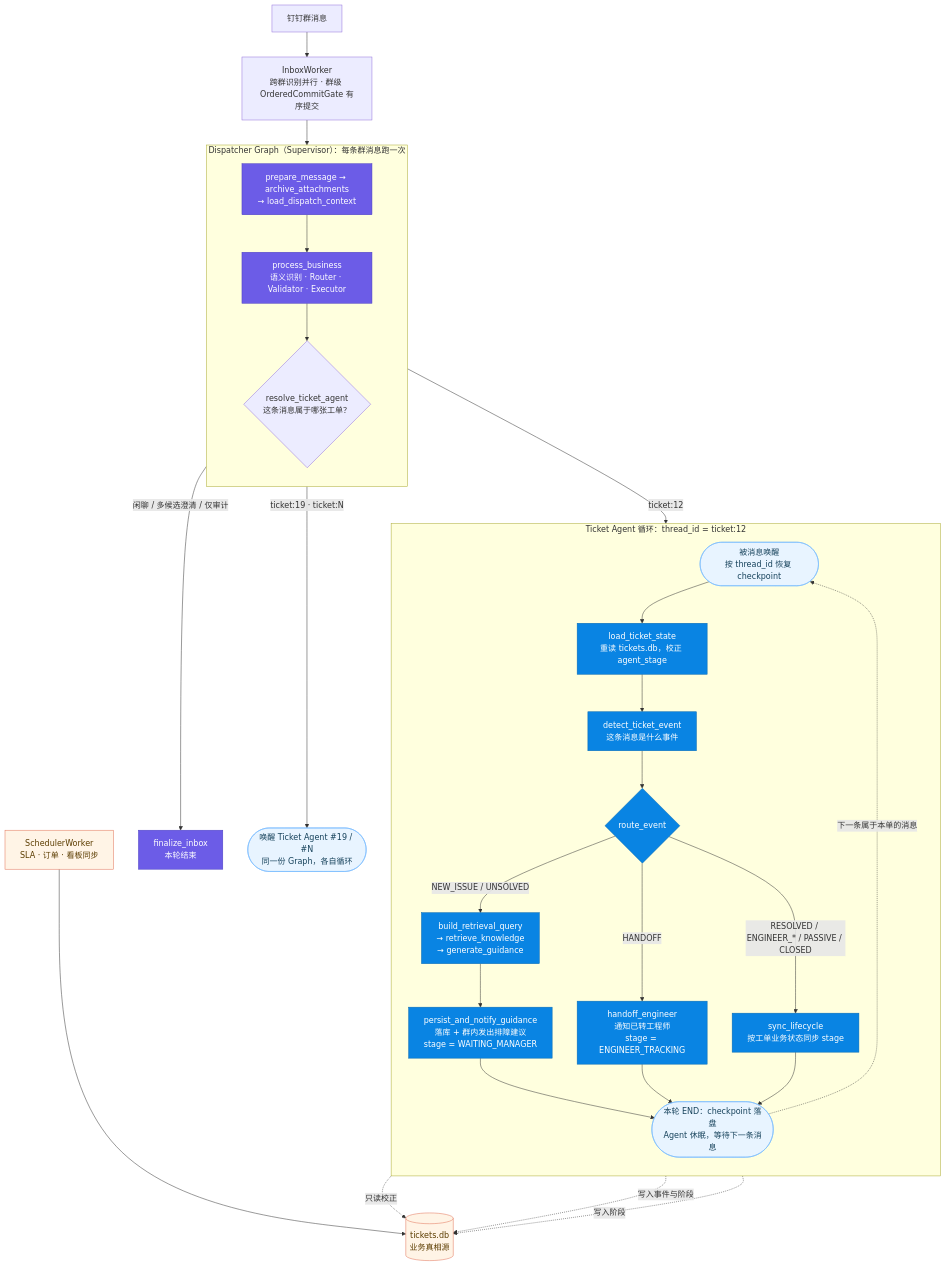
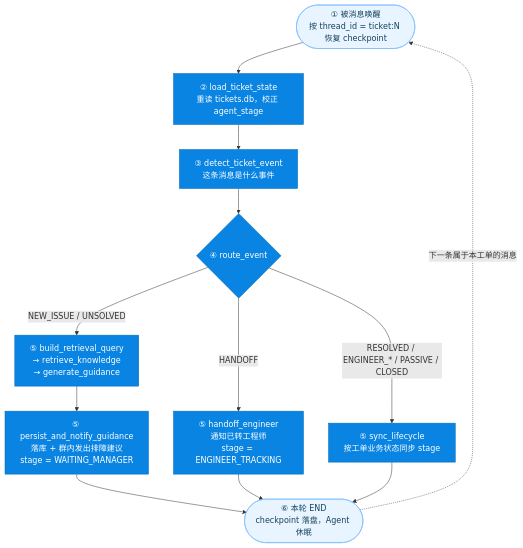
The second of 2 diagrams in README.md (yushui6666/Dingtalk-bot-fix), drawn with Mermaid before and after one commit. The commit also changed other lines of this file and 2 other files, not shown here.

Commit message:
feat(readme):拆分两个图

````diff
--- a/README.md
+++ b/README.md
@@ -13,56 +52,27 @@
 ```mermaid
 flowchart TB
-    M["钉钉群消息"] --> W["InboxWorker<br/>跨群识别并行 · 群级 OrderedCommitGate 有序提交"]
-    W --> D
+    WAKE(["① 被消息唤醒<br/>按 thread_id = ticket:N 恢复 checkpoint"])
+    LOAD["② load_ticket_state<br/>重读 tickets.db，校正 agent_stage"]
+    DETECT["③ detect_ticket_event<br/>这条消息是什么事件"]
+    ROUTE{"④ route_event"}
+    TROUBLE["⑤ build_retrieval_query<br/>→ retrieve_knowledge<br/>→ generate_guidance"]
+    NOTIFY["⑤ persist_and_notify_guidance<br/>落库 + 群内发出排障建议<br/>stage = WAITING_MANAGER"]
+    HAND["⑤ handoff_engineer<br/>通知已转工程师<br/>stage = ENGINEER_TRACKING"]
+    SYNC["⑤ sync_lifecycle<br/>按工单业务状态同步 stage"]
+    SLEEP(["⑥ 本轮 END<br/>checkpoint 落盘，Agent 休眠"])
 
-    subgraph DISP["Dispatcher Graph（Supervisor）：每条群消息跑一次"]
-        direction TB
-        D["prepare_message → archive_attachments<br/>→ load_dispatch_context"]
-        B["process_business<br/>语义识别 · Router · Validator · Executor"]
-        R{"resolve_ticket_agent<br/>这条消息属于哪张工单？"}
-        D --> B --> R
-    end
+    WAKE --> LOAD --> DETECT --> ROUTE
+    ROUTE -->|"NEW_ISSUE / UNSOLVED"| TROUBLE
+    TROUBLE --> NOTIFY
+    ROUTE -->|"HANDOFF"| HAND
+    ROUTE -->|"RESOLVED / ENGINEER_* / PASSIVE / CLOSED"| SYNC
+    NOTIFY --> SLEEP
+    HAND --> SLEEP
+    SYNC --> SLEEP
+    SLEEP -.->|"下一条属于本工单的消息"| WAKE
 
-    R -->|"闲聊 / 多候选澄清 / 仅审计"| FIN["finalize_inbox<br/>本轮结束"]
-    R -->|"ticket:19 · ticket:N"| AN(["唤醒 Ticket Agent #19 / #N<br/>同一份 Graph，各自循环"])
-    R -->|"ticket:12"| WAKE
-
-    subgraph LOOP["Ticket Agent 循环：thread_id = ticket:12"]
-        direction TB
-        WAKE(["被消息唤醒<br/>按 thread_id 恢复 checkpoint"])
-        LOAD["load_ticket_state<br/>重读 tickets.db，校正 agent_stage"]
-        DETECT["detect_ticket_event<br/>这条消息是什么事件"]
-        ROUTE{"route_event"}
-        TROUBLE["build_retrieval_query<br/>→ retrieve_knowledge<br/>→ generate_guidance"]
-        GUIDE["persist_and_notify_guidance<br/>落库 + 群内发出排障建议<br/>stage = WAITING_MANAGER"]
-        HAND["handoff_engineer<br/>通知已转工程师<br/>stage = ENGINEER_TRACKING"]
-        SYNC["sync_lifecycle<br/>按工单业务状态同步 stage"]
-        SLEEP(["本轮 END：checkpoint 落盘<br/>Agent 休眠，等待下一条消息"])
-
-        WAKE --> LOAD --> DETECT --> ROUTE
-        ROUTE -->|"NEW_ISSUE / UNSOLVED"| TROUBLE
-        TROUBLE --> GUIDE
-        ROUTE -->|"HANDOFF"| HAND
-        ROUTE -->|"RESOLVED / ENGINEER_* / PASSIVE / CLOSED"| SYNC
-        GUIDE --> SLEEP
-        HAND --> SLEEP
-        SYNC --> SLEEP
-    end
-
-    SLEEP -.->|"下一条属于本单的消息"| WAKE
-
-    DB[("tickets.db<br/>业务真相源")]
-    LOAD -.只读校正.-> DB
-    GUIDE -.写入事件与阶段.-> DB
-    SYNC -.写入阶段.-> DB
-    SCH["SchedulerWorker<br/>SLA · 订单 · 看板同步"] --> DB
-
-    classDef supervisor fill:#6c5ce7,color:#fff,stroke:#4b3fc1
-    classDef agent fill:#0984e3,color:#fff,stroke:#0769b2
+    classDef step fill:#0984e3,color:#fff,stroke:#0769b2
     classDef idle fill:#e8f4ff,color:#16425b,stroke:#74b9ff
-    classDef db fill:#fff4e6,color:#5c3d00,stroke:#e17055
-    class D,B,FIN supervisor
-    class LOAD,DETECT,ROUTE,TROUBLE,GUIDE,HAND,SYNC agent
-    class WAKE,SLEEP,AN idle
-    class DB,SCH db
+    class LOAD,DETECT,ROUTE,TROUBLE,NOTIFY,HAND,SYNC step
+    class WAKE,SLEEP idle
 ```
````
